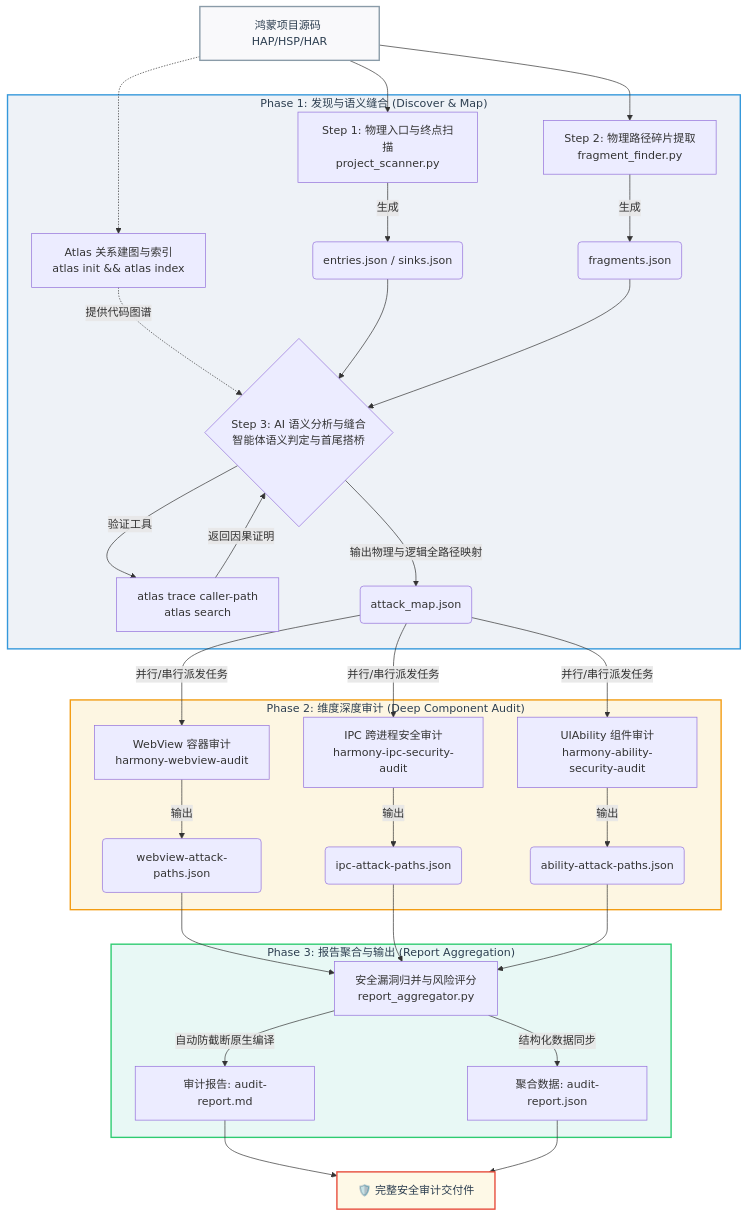
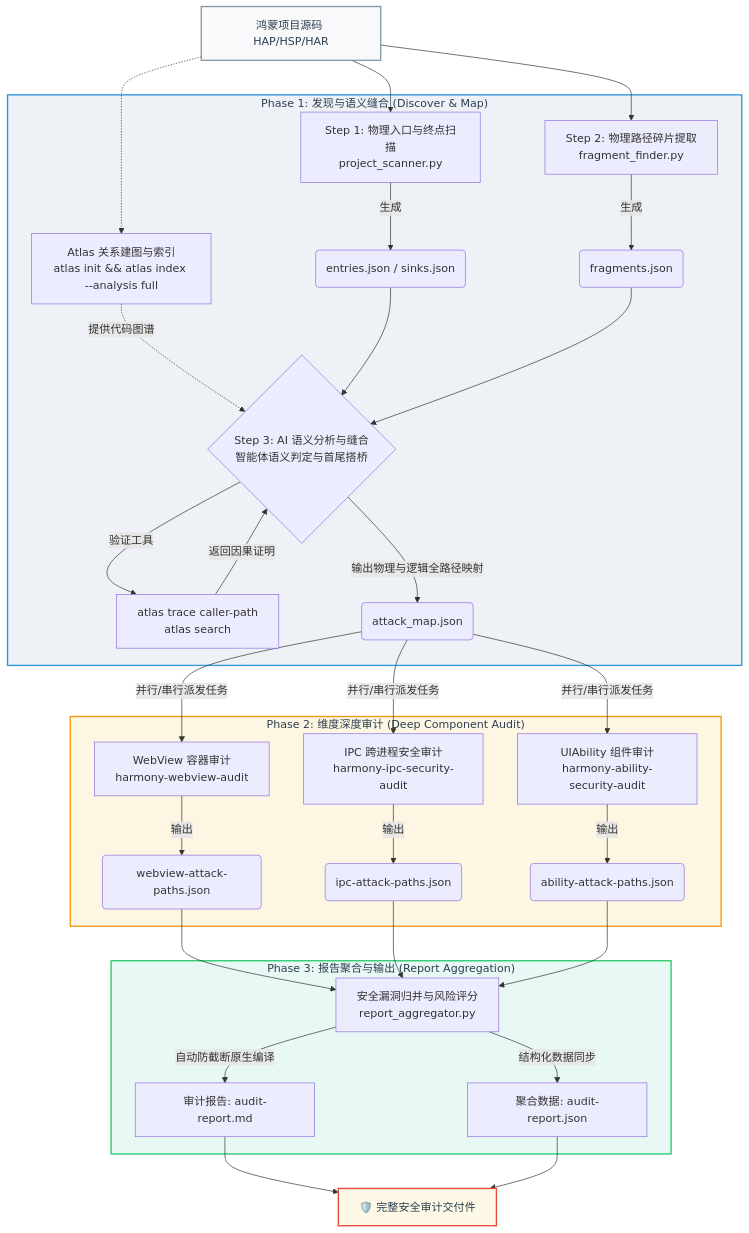
Before and after one commit to JiJunmo/harmonySecAnalyzer: the diagram in README.md, drawn with Mermaid. The commit also changed other lines of this file and 1 other file, not shown here.

Commit message:
docs: align codebase and guidelines with Atlas v1.4.0 capabilities

````diff
--- a/README.md
+++ b/README.md
@@ -11,53 +11,53 @@
 ```mermaid
 graph TD
     %% Styling
     classDef inputStyle fill:#f9f9fb,stroke:#8a9ba8,stroke-width:2px,color:#2c3e50;
     classDef phase1Style fill:#eef2f7,stroke:#3498db,stroke-width:2px,color:#2c3e50;
     classDef phase2Style fill:#fdf6e2,stroke:#f39c12,stroke-width:2px,color:#2c3e50;
     classDef phase3Style fill:#e8f8f5,stroke:#2ecc71,stroke-width:2px,color:#2c3e50;
     classDef outputStyle fill:#fef9e7,stroke:#e74c3c,stroke-width:2px,color:#2c3e50;
 
     %% Nodes
     Source["鸿蒙项目源码 HAP/HSP/HAR"]:::inputStyle
 
     %% Phase 1: Discover & Map
     subgraph P1 ["Phase 1: 发现与语义缝合 (Discover & Map)"]
         A1["Step 1: 物理入口与终点扫描<br>project_scanner.py"] -->|生成| B1("entries.json / sinks.json")
         A2["Step 2: 物理路径碎片提取<br>fragment_finder.py"] -->|生成| B2("fragments.json")
         
         %% Atlas Indexing
-        Atlas["Atlas 关系建图与索引<br>atlas init && atlas index"] -.->|提供代码图谱| Stitch
+        Atlas["Atlas 关系建图与索引<br>atlas init && atlas index --analysis full"] -.->|提供代码图谱| Stitch
         
         B1 & B2 --> Stitch{"Step 3: AI 语义分析与缝合<br>智能体语义判定与首尾搭桥"}
         Stitch -->|验证工具| Trace["atlas trace caller-path<br>atlas search"]
         Trace -->|返回因果证明| Stitch
         Stitch -->|输出物理与逻辑全路径映射| C("attack_map.json")
     end
     class P1 phase1Style;
 
     %% Phase 2: Deep Component Audit
     subgraph P2 ["Phase 2: 维度深度审计 (Deep Component Audit)"]
         C -->|并行/串行派发任务| D1["WebView 容器审计<br>harmony-webview-audit"]
         C -->|并行/串行派发任务| D2["IPC 跨进程安全审计<br>harmony-ipc-security-audit"]
         C -->|并行/串行派发任务| D3["UIAbility 组件审计<br>harmony-ability-security-audit"]
         
         D1 -->|输出| E1("webview-attack-paths.json")
         D2 -->|输出| E2("ipc-attack-paths.json")
         D3 -->|输出| E3("ability-attack-paths.json")
     end
     class P2 phase2Style;
 
     %% Phase 3: Aggregation & Native Output
     subgraph P3 ["Phase 3: 报告聚合与输出 (Report Aggregation)"]
         E1 & E2 & E3 --> F["安全漏洞归并与风险评分<br>report_aggregator.py"]
         F -->|自动防截断原生编译| G1["审计报告: audit-report.md"]
         F -->|结构化数据同步| G2["聚合数据: audit-report.json"]
     end
     class P3 phase3Style;
 
     %% Connections
     Source --> A1
     Source --> A2
     Source -.-> Atlas
     G1 & G2 --> Output["🛡️ 完整安全审计交付件"]:::outputStyle
 ```
````
